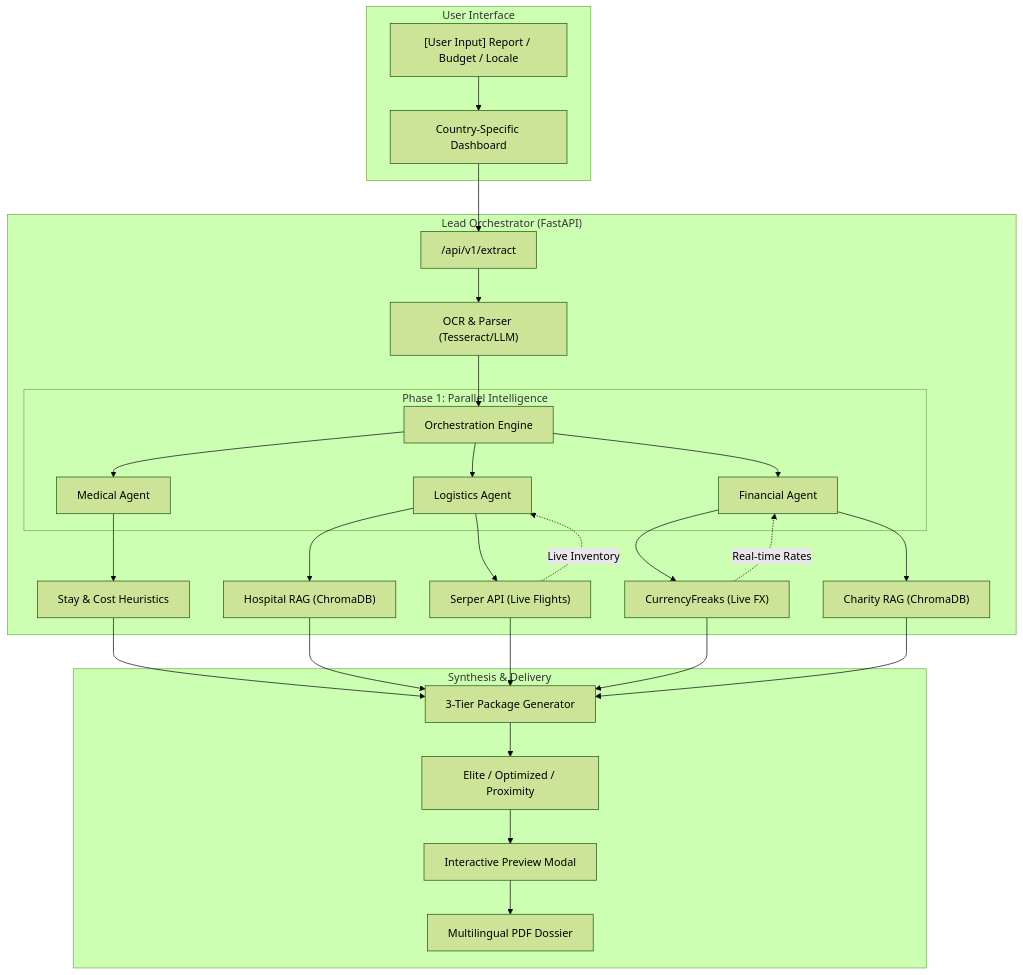
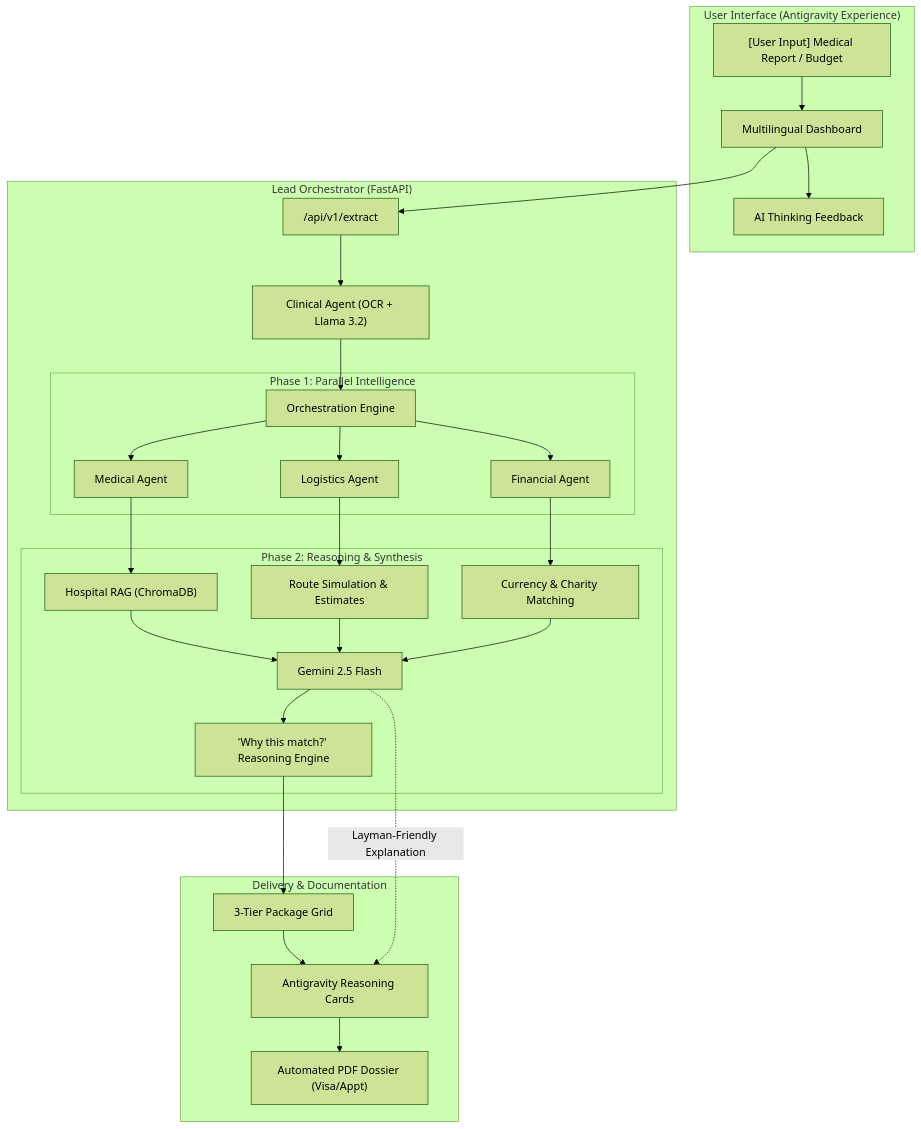
The diagram in README.md (zoeywongzixin/Medi_Travel), drawn with Mermaid (forest theme) before and after one commit. The commit also changed other lines of this file and 11 other files, not shown here.

````diff
--- a/README.md
+++ b/README.md
@@ -9,36 +11,38 @@
 ```mermaid
 graph TD
-    subgraph "User Interface"
-        A["[User Input] Report / Budget / Locale"] --> B["Country-Specific Dashboard"]
+    subgraph "User Interface (Antigravity Experience)"
+        A["[User Input] Medical Report / Budget"] --> B["Multilingual Dashboard"]
+        B --> B1["AI Thinking Feedback"]
     end
 
     subgraph "Lead Orchestrator (FastAPI)"
         B --> C["/api/v1/extract"]
-        C --> D["OCR & Parser (Tesseract/LLM)"]
+        C --> D["Clinical Agent (OCR + Llama 3.2)"]
         
         D --> F["Orchestration Engine"]
         
         subgraph "Phase 1: Parallel Intelligence"
             F --> G["Medical Agent"]
             F --> H["Logistics Agent"]
             F --> I["Financial Agent"]
         end
         
-        G --> G1["Stay & Cost Heuristics"]
-        H --> H1["Hospital RAG (ChromaDB)"]
-        H --> H2["Serper API (Live Flights)"]
-        I --> I1["CurrencyFreaks (Live FX)"]
-        I --> I2["Charity RAG (ChromaDB)"]
+        G --> G1["Hospital RAG (ChromaDB)"]
+        H --> H1["Route Simulation & Estimates"]
+        I --> I1["Currency & Charity Matching"]
+        
+        subgraph "Phase 2: Reasoning & Synthesis"
+            G1 & H1 & I1 --> J["Gemini 2.5 Flash"]
+            J --> K["'Why this match?' Reasoning Engine"]
+        end
     end
 
-    subgraph "Synthesis & Delivery"
-        G1 & H1 & H2 & I1 & I2 --> J["3-Tier Package Generator"]
-        J --> K["Elite / Optimized / Proximity"]
-        K --> L["Interactive Preview Modal"]
-        L --> M["Multilingual PDF Dossier"]
+    subgraph "Delivery & Documentation"
+        K --> L["3-Tier Package Grid"]
+        L --> M["Antigravity Reasoning Cards"]
+        M --> N["Automated PDF Dossier (Visa/Appt)"]
     end
 
-    %% External Data Loops
-    I1 -.->|"Real-time Rates"| I
-    H2 -.->|"Live Inventory"| H
+    %% Intelligence Loops
+    J -.->|"Layman-Friendly Explanation"| M
 ```
````
